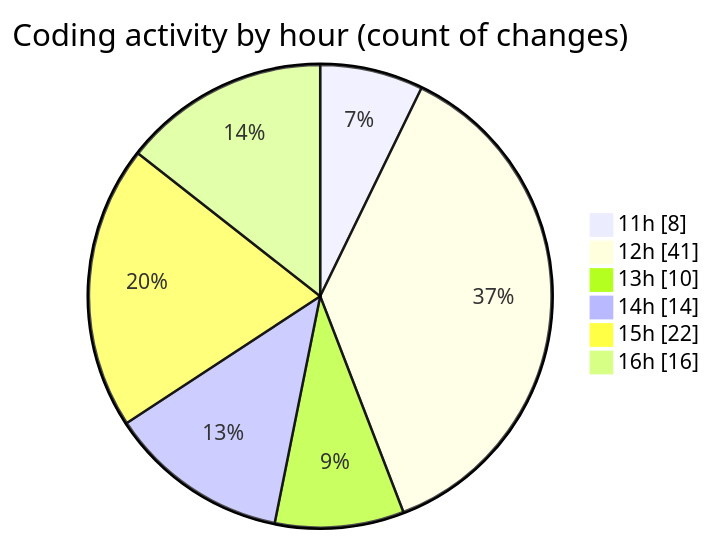
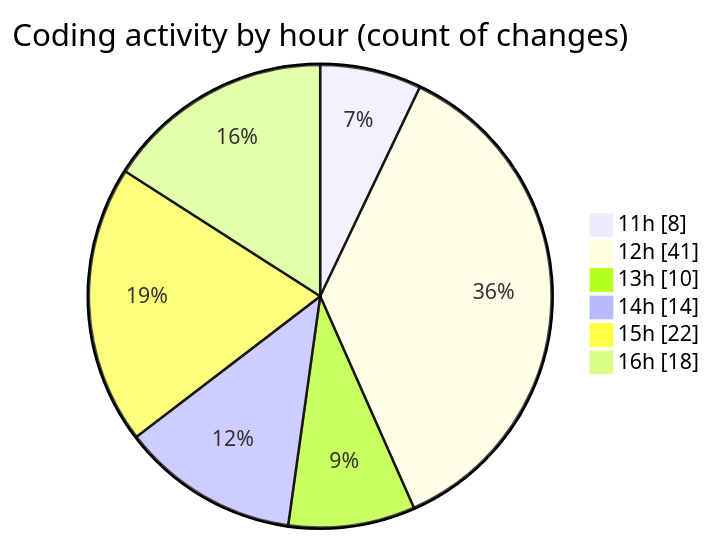
The second of 2 diagrams in 2025-05-04/project/README.md (BS-eng2023/code-tracking), drawn with Mermaid before and after one commit. The commit also changed other lines of this file and 1 other file, not shown here.

````diff
--- a/2025-05-04/project/README.md
+++ b/2025-05-04/project/README.md
@@ -51,10 +51,10 @@
 ```mermaid
 pie showData
 title Coding activity by hour (count of changes)
 "11h" : 8
 "12h" : 41
 "13h" : 10
 "14h" : 14
 "15h" : 22
-"16h" : 16
+"16h" : 18
 ```
````
